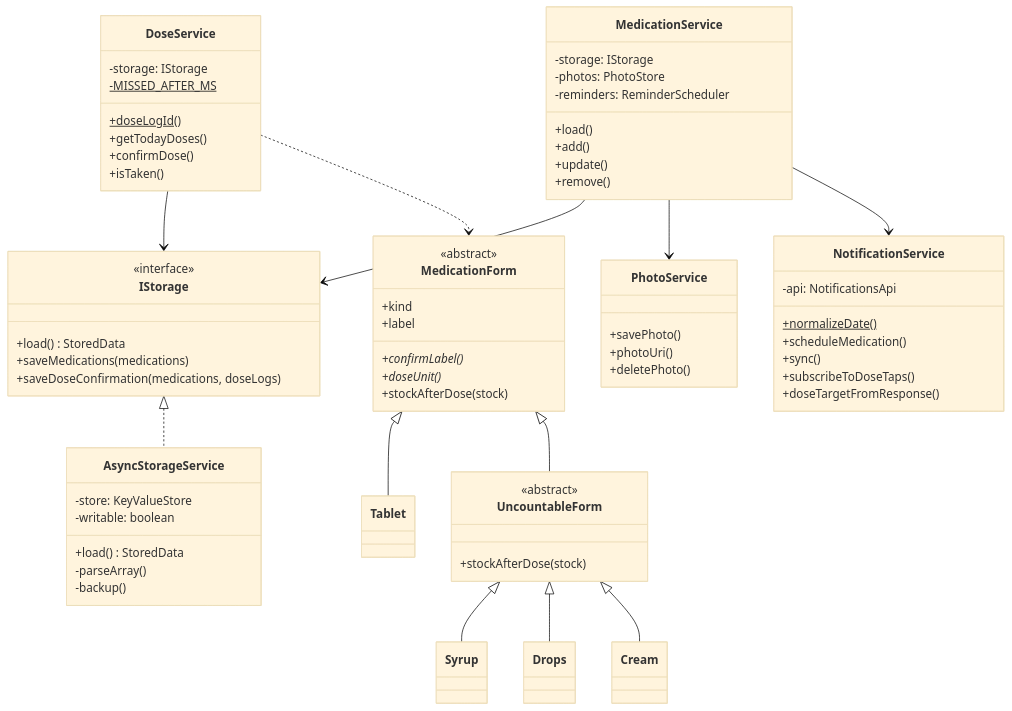
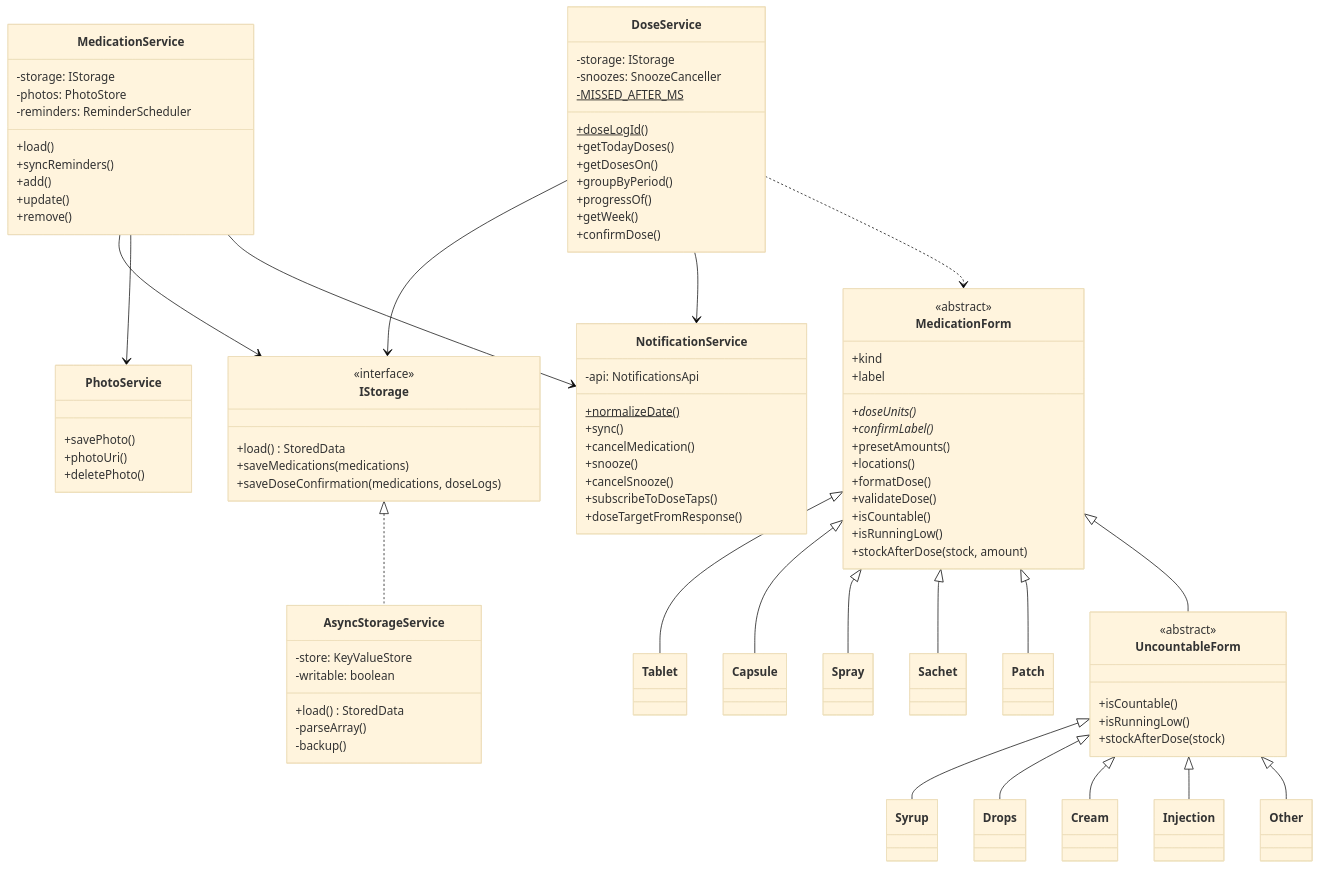
Before and after one commit to mustafabulut8/ilac-takip: the third of 3 diagrams in docs/moduler-yapi.md, drawn with Mermaid (base theme). The commit also changed other lines of this file and 4 other files, not shown here.

````diff
--- a/docs/moduler-yapi.md
+++ b/docs/moduler-yapi.md
@@ -237,17 +247,22 @@
   }
   class DoseService {
     -storage: IStorage
+    -snoozes: SnoozeCanceller
     -MISSED_AFTER_MS$
     +doseLogId()$
     +getTodayDoses()
+    +getDosesOn()
+    +groupByPeriod()
+    +progressOf()
+    +getWeek()
     +confirmDose()
-    +isTaken()
   }
   class MedicationService {
     -storage: IStorage
     -photos: PhotoStore
     -reminders: ReminderScheduler
     +load()
+    +syncReminders()
     +add()
     +update()
     +remove()
@@ -255,8 +270,10 @@
   class NotificationService {
     -api: NotificationsApi
     +normalizeDate()$
-    +scheduleMedication()
     +sync()
+    +cancelMedication()
+    +snooze()
+    +cancelSnooze()
     +subscribeToDoseTaps()
     +doseTargetFromResponse()
   }
@@ -269,12 +286,20 @@
     <<abstract>>
     +kind
     +label
+    +doseUnits()*
     +confirmLabel()*
-    +doseUnit()*
-    +stockAfterDose(stock)
+    +presetAmounts()
+    +locations()
+    +formatDose()
+    +validateDose()
+    +isCountable()
+    +isRunningLow()
+    +stockAfterDose(stock, amount)
   }
   class UncountableForm {
     <<abstract>>
+    +isCountable()
+    +isRunningLow()
     +stockAfterDose(stock)
   }
   IStorage <|.. AsyncStorageService
@@ -282,10 +307,17 @@
   MedicationService --> IStorage
   MedicationService --> PhotoService
   MedicationService --> NotificationService
+  DoseService --> NotificationService
   DoseService ..> MedicationForm
   MedicationForm <|-- Tablet
+  MedicationForm <|-- Capsule
+  MedicationForm <|-- Spray
+  MedicationForm <|-- Sachet
+  MedicationForm <|-- Patch
   MedicationForm <|-- UncountableForm
   UncountableForm <|-- Syrup
   UncountableForm <|-- Drops
   UncountableForm <|-- Cream
+  UncountableForm <|-- Injection
+  UncountableForm <|-- Other
 ```
````
